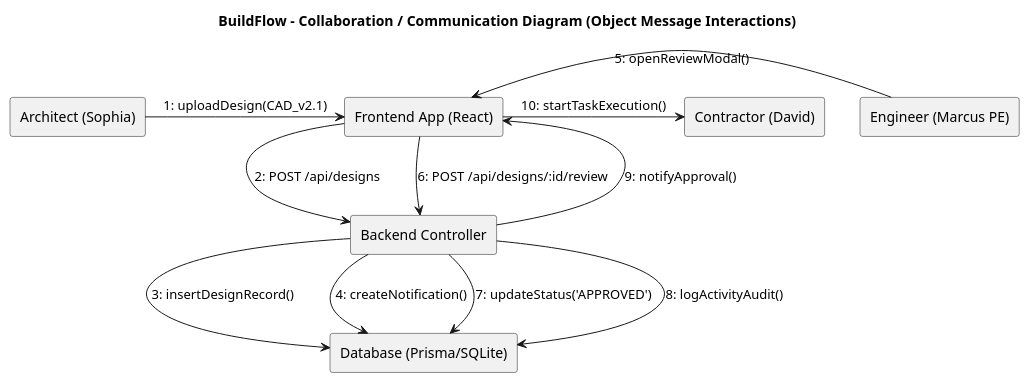
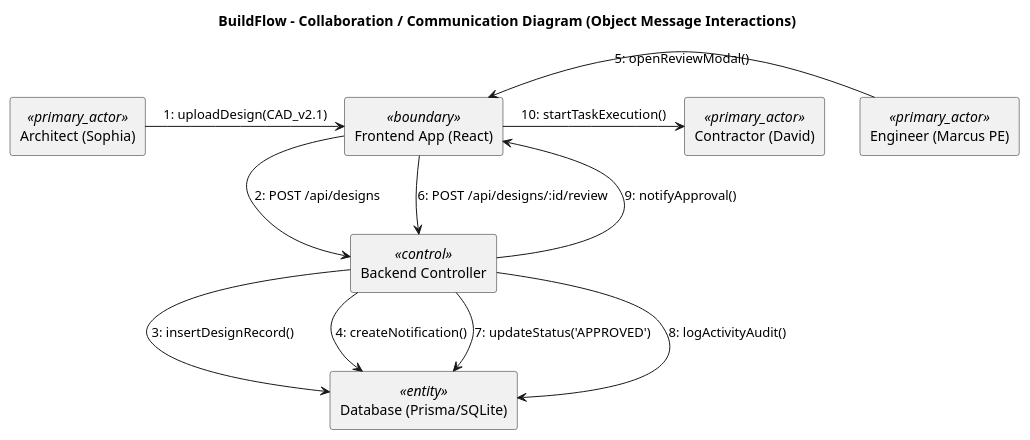
The diagram in docs/uml/collaboration_diagram.puml (Shaunakrane914/BuildFlow), drawn with PlantUML before and after one commit. The commit also changed 7 other files, not shown here.

Commit message:
feat(uml): implement full 100% SEPM UML compliance across all 9 diagrams (swimlanes, stereotypes, generalization trees, realization contracts, include/extend, alt/else fragments)

```diff
--- a/docs/uml/collaboration_diagram.puml
+++ b/docs/uml/collaboration_diagram.puml
@@ -1,25 +1,25 @@
 @startuml BuildFlow_Collaboration_Diagram
 title BuildFlow - Collaboration / Communication Diagram (Object Message Interactions)
 skinparam monochrome false
 skinparam shadowing false
 
-rectangle "Architect (Sophia)" as Arch
-rectangle "Frontend App (React)" as UI
-rectangle "Backend Controller" as Backend
-rectangle "Database (Prisma/SQLite)" as DB
-rectangle "Engineer (Marcus PE)" as Eng
-rectangle "Contractor (David)" as Cont
+rectangle "Architect (Sophia)" as Arch <<primary_actor>>
+rectangle "Frontend App (React)" as UI <<boundary>>
+rectangle "Backend Controller" as Backend <<control>>
+rectangle "Database (Prisma/SQLite)" as DB <<entity>>
+rectangle "Engineer (Marcus PE)" as Eng <<primary_actor>>
+rectangle "Contractor (David)" as Cont <<primary_actor>>
 
 Arch -right-> UI : 1: uploadDesign(CAD_v2.1)
 UI -right-> Backend : 2: POST /api/designs
 Backend -down-> DB : 3: insertDesignRecord()
 Backend -down-> DB : 4: createNotification()
 
 Eng -left-> UI : 5: openReviewModal()
 UI -down-> Backend : 6: POST /api/designs/:id/review
 Backend -down-> DB : 7: updateStatus('APPROVED')
 Backend -down-> DB : 8: logActivityAudit()
 
 Backend -right-> UI : 9: notifyApproval()
 UI -right-> Cont : 10: startTaskExecution()
 @enduml
```
